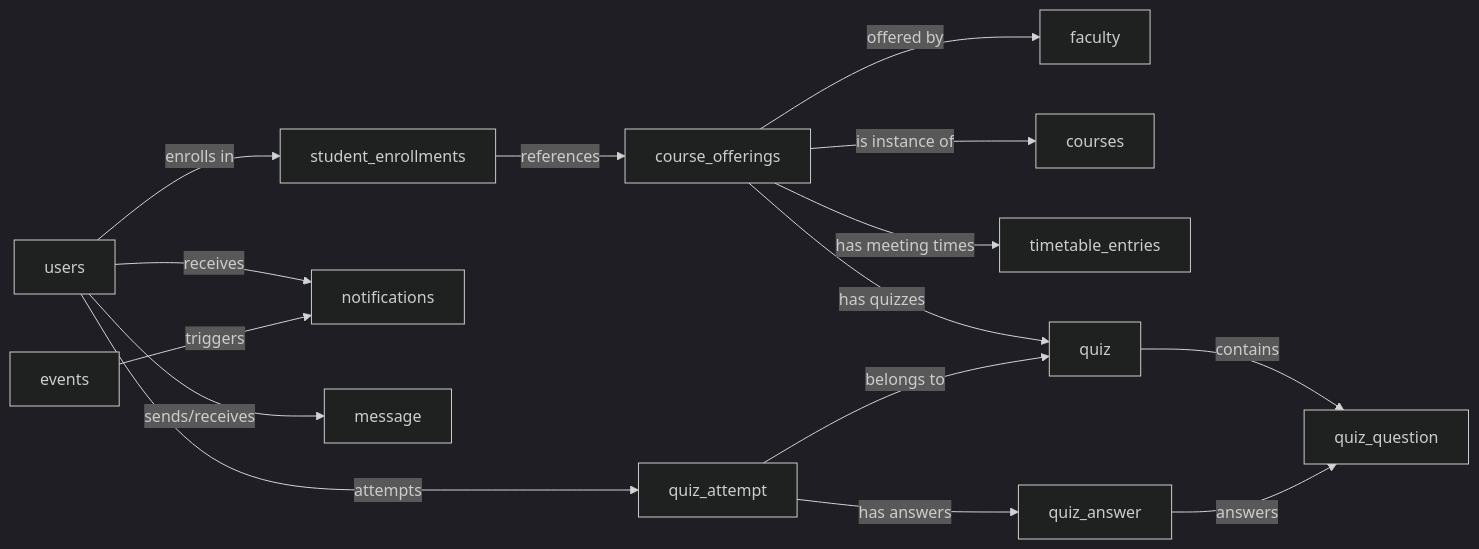
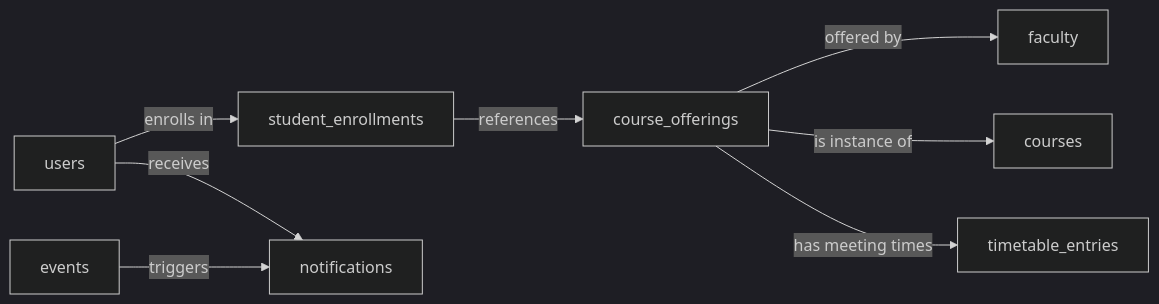
One commit to Prisha4gupta/Smart-Campus changed the diagram in README.md. Above: the diagram before and after it, drawn with Mermaid (dark theme). The commit also changed other lines of this file and 30 other files, not shown here.

````diff
--- a/README.md
+++ b/README.md
@@ -322,17 +179,10 @@
 ```mermaid
 flowchart LR
     users -->|enrolls in| student_enrollments
     student_enrollments -->|references| course_offerings
     course_offerings -->|offered by| faculty
     course_offerings -->|is instance of| courses
     course_offerings -->|has meeting times| timetable_entries
     users -->|receives| notifications
     events -->|triggers| notifications
-    course_offerings -->|has quizzes| quiz
-    quiz -->|contains| quiz_question
-    users -->|attempts| quiz_attempt
-    quiz_attempt -->|belongs to| quiz
-    quiz_attempt -->|has answers| quiz_answer
-    quiz_answer -->|answers| quiz_question
-    users -->|sends/receives| message
 ```
````
